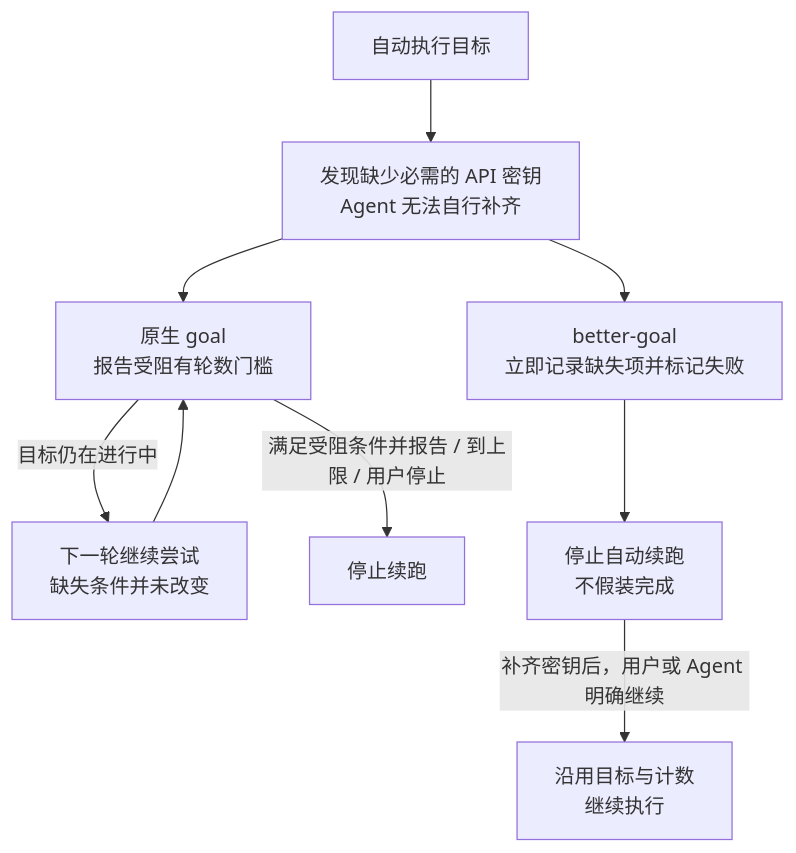
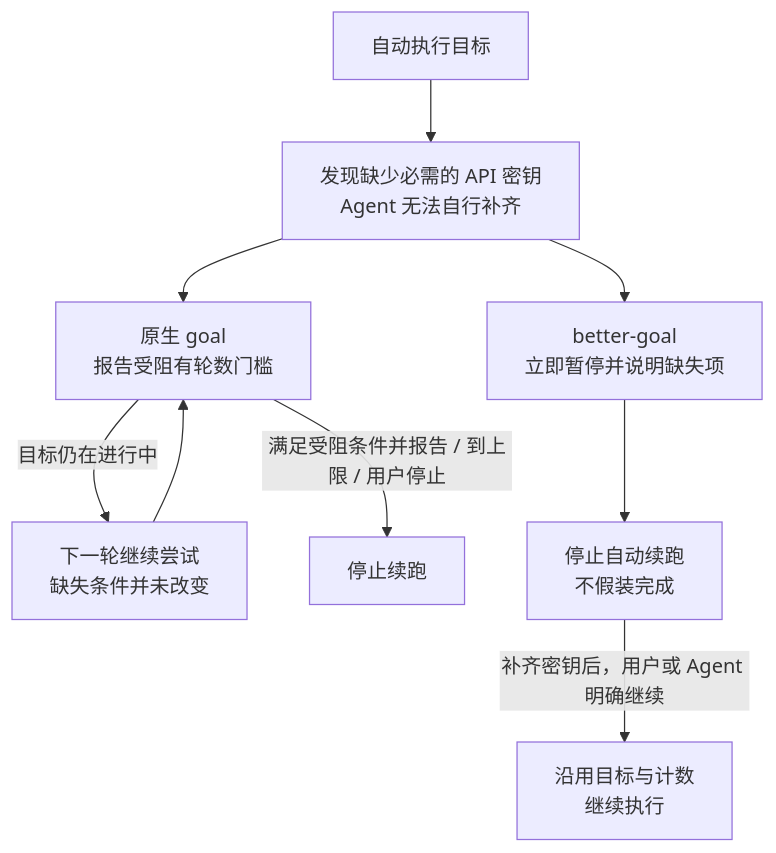
The first of 3 diagrams in README.md (Menghuan1918/dsh-better-goal), drawn with Mermaid before and after one commit. The commit also changed other lines of this file and 10 other files, not shown here.

````diff
--- a/README.md
+++ b/README.md
@@ -47,11 +47,11 @@
 ```mermaid
 flowchart TD
     A["自动执行目标"] --> B["发现缺少必需的 API 密钥<br/>Agent 无法自行补齐"]
     B --> N["原生 goal<br/>报告受阻有轮数门槛"]
     N -->|"目标仍在进行中"| L["下一轮继续尝试<br/>缺失条件并未改变"]
     L --> N
     N -->|"满足受阻条件并报告 / 到上限 / 用户停止"| X["停止续跑"]
-    B --> G["better-goal<br/>立即记录缺失项并标记失败"]
+    B --> G["better-goal<br/>立即暂停并说明缺失项"]
     G --> S["停止自动续跑<br/>不假装完成"]
     S -->|"补齐密钥后，用户或 Agent 明确继续"| R["沿用目标与计数<br/>继续执行"]
 ```
````
